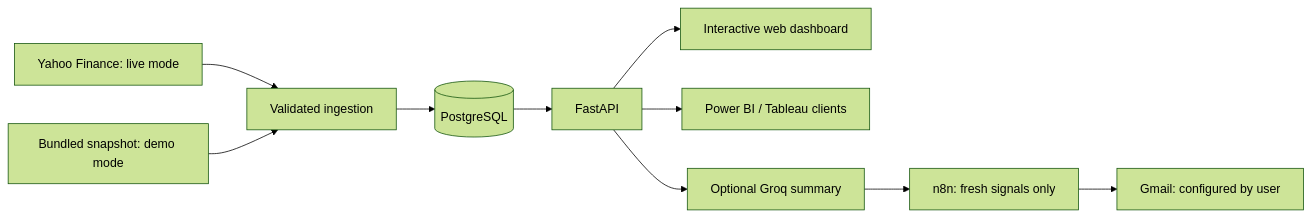
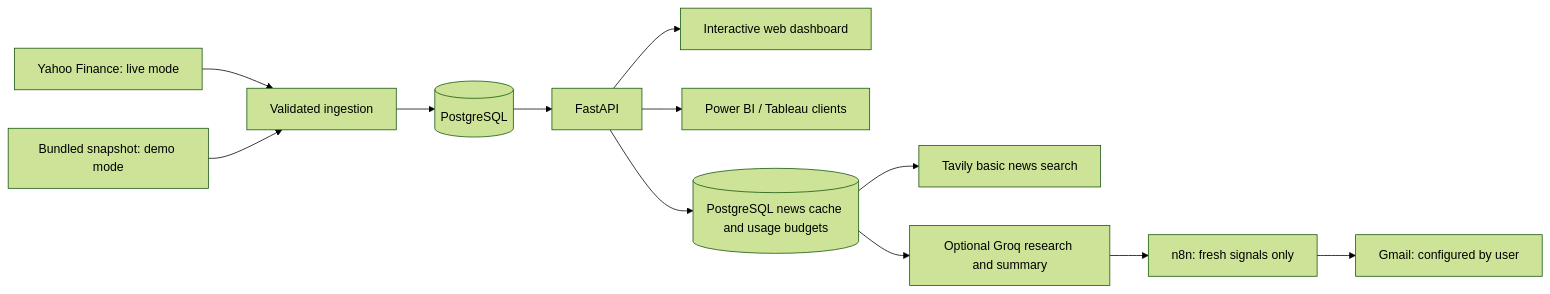
Before and after one commit to nthuang/ai-stock-intelligence-platform: the diagram in README.MD, drawn with Mermaid (forest theme). The commit also changed other lines of this file and 25 other files, not shown here.

````diff
--- a/README.MD
+++ b/README.MD
@@ -32,12 +32,14 @@
 ```mermaid
 flowchart LR
     Y[Yahoo Finance: live mode] --> I[Validated ingestion]
     D[Bundled snapshot: demo mode] --> I
     I --> P[(PostgreSQL)]
     P --> A[FastAPI]
     A --> W[Interactive web dashboard]
     A --> B[Power BI / Tableau clients]
-    A --> L[Optional Groq summary]
+    A --> C[(PostgreSQL news cache and usage budgets)]
+    C --> T[Tavily basic news search]
+    C --> L[Optional Groq research and summary]
     L --> N[n8n: fresh signals only]
     N --> E[Gmail: configured by user]
 ```
````
